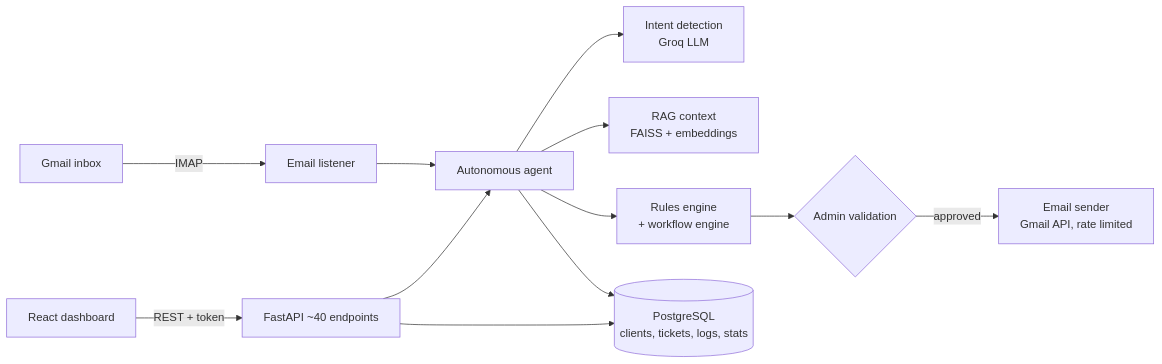
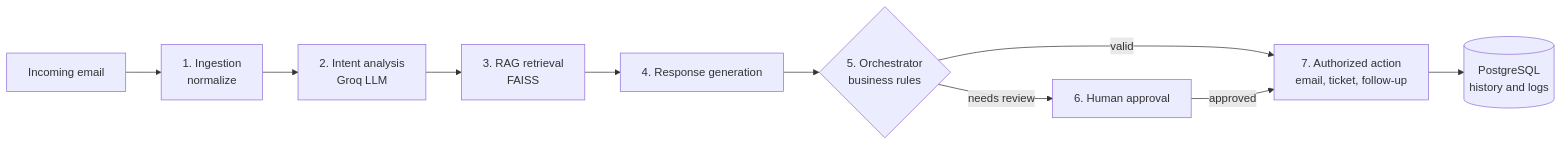
One commit to houdamardas1/ai-multi-agent-platform changed the diagram in README.md. Above: the diagram before and after it, drawn with Mermaid. The commit also changed other lines of this file and 1 other file, not shown here.

First line of the commit message:
docs: README orienté processus métier et architecture détaillée (#2)

````diff
--- a/README.md
+++ b/README.md
@@ -36,14 +39,12 @@
 ```mermaid
 flowchart LR
-    G[Gmail inbox] -->|IMAP| L[Email listener]
-    L --> A[Autonomous agent]
-    A --> I[Intent detection<br/>Groq LLM]
-    A --> R[RAG context<br/>FAISS + embeddings]
-    A --> RE[Rules engine<br/>+ workflow engine]
-    RE --> V{Admin validation}
-    V -->|approved| S[Email sender<br/>Gmail API, rate limited]
-    A --> P[(PostgreSQL<br/>clients, tickets, logs, stats)]
-    D[React dashboard] -->|REST + token| API[FastAPI ~40 endpoints]
-    API --> A
-    API --> P
+    E[Incoming email] --> N[1. Ingestion<br/>normalize]
+    N --> I[2. Intent analysis<br/>Groq LLM]
+    I --> R[3. RAG retrieval<br/>FAISS]
+    R --> G[4. Response generation]
+    G --> O{5. Orchestrator<br/>business rules}
+    O -->|valid| A[7. Authorized action<br/>email, ticket, follow-up]
+    O -->|needs review| H[6. Human approval]
+    H -->|approved| A
+    A --> P[(PostgreSQL<br/>history and logs)]
 ```
````
